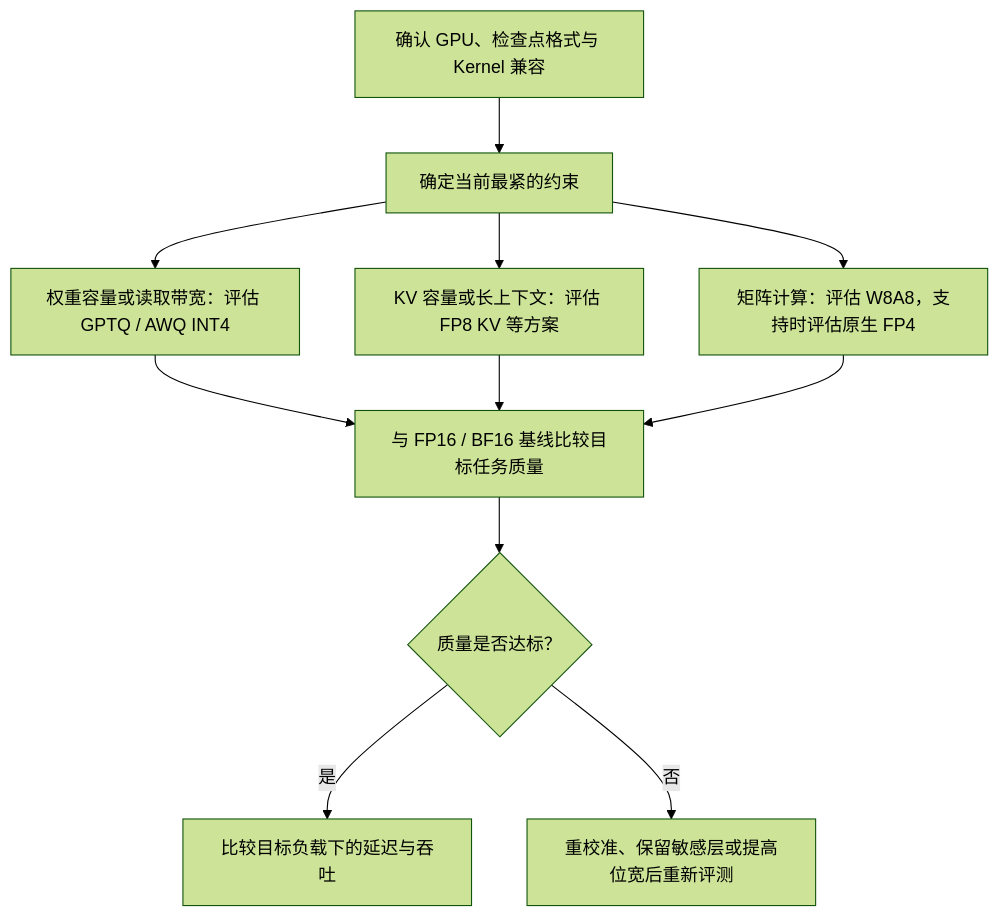
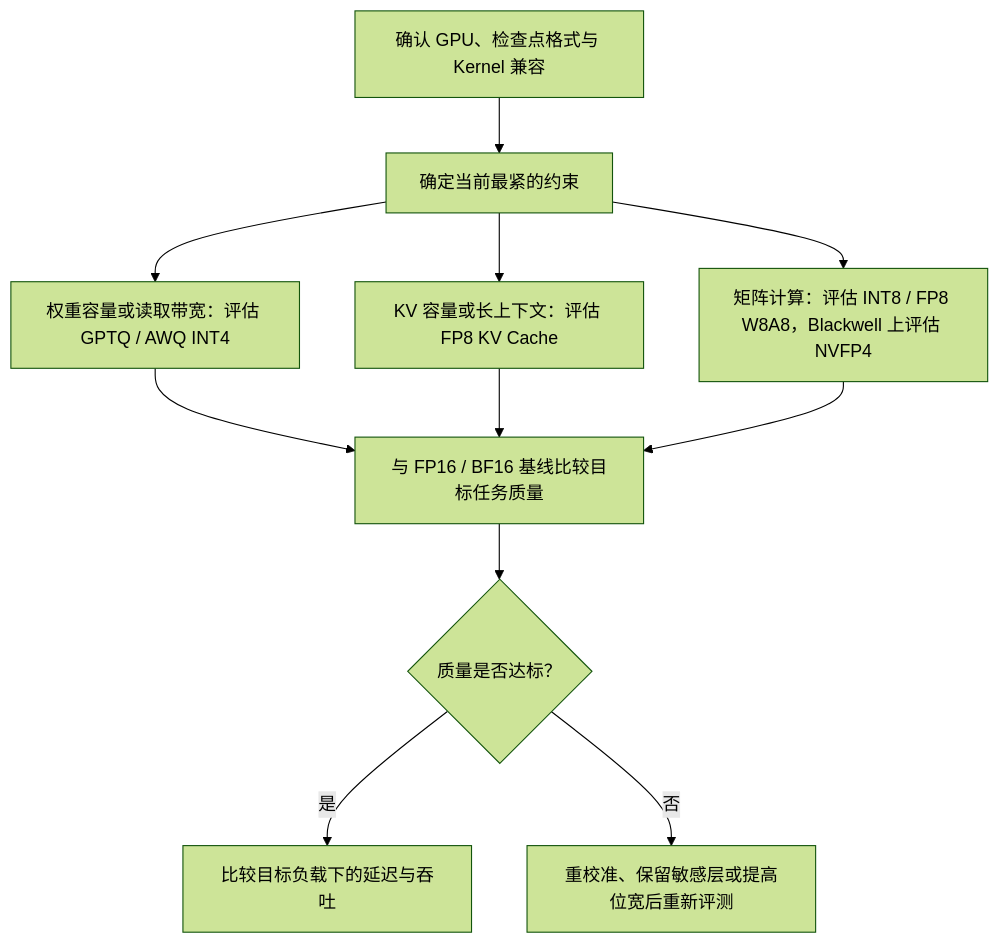
One commit to caomaolufei/AIInfraGuide changed the diagram in docs/guides/模块四-推理优化/第4章-量化/4.6-量化选型与vLLM实战.md. Above: the diagram before and after it, drawn with Mermaid (forest theme). The commit also changed other lines of this file and 9 other files, not shown here.

````diff
--- a/docs/guides/模块四-推理优化/第4章-量化/4.6-量化选型与vLLM实战.md
+++ b/docs/guides/模块四-推理优化/第4章-量化/4.6-量化选型与vLLM实战.md
@@ -32,13 +34,13 @@
 ```mermaid
 graph TD
     A["确认 GPU、检查点格式与 Kernel 兼容"] --> B["确定当前最紧的约束"]
     B --> C["权重容量或读取带宽：评估 GPTQ / AWQ INT4"]
-    B --> D["KV 容量或长上下文：评估 FP8 KV 等方案"]
-    B --> E["矩阵计算：评估 W8A8，支持时评估原生 FP4"]
+    B --> D["KV 容量或长上下文：评估 FP8 KV Cache"]
+    B --> E["矩阵计算：评估 INT8 / FP8 W8A8，Blackwell 上评估 NVFP4"]
     C --> F["与 FP16 / BF16 基线比较目标任务质量"]
     D --> F
     E --> F
     F --> G{"质量是否达标？"}
-    G -->|是| H["比较目标负载下的延迟与吞吐"]
-    G -->|否| I["重校准、保留敏感层或提高位宽后重新评测"]
+    G -->|"是"| H["比较目标负载下的延迟与吞吐"]
+    G -->|"否"| I["重校准、保留敏感层或提高位宽后重新评测"]
 ```
````
